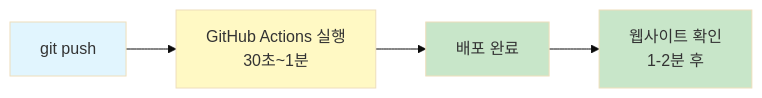
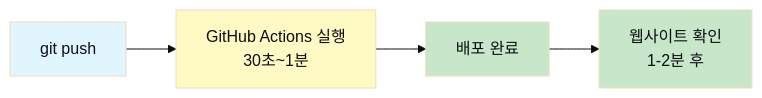
Before and after one commit to Romantic-Coders/romantic-coders.github.io: the seventh of 7 diagrams in _posts/2025-01-05-building-team-blog-with-jekyll-chirpy.md, drawn with Mermaid (base theme). The commit also changed other lines of this file and 1 other file, not shown here.

````diff
--- a/_posts/2025-01-05-building-team-blog-with-jekyll-chirpy.md
+++ b/_posts/2025-01-05-building-team-blog-with-jekyll-chirpy.md
@@ -806,11 +1289,11 @@
 ```mermaid
 graph LR
     A[git push] --> B[GitHub Actions 실행<br/>30초~1분]
     B --> C[배포 완료]
     C --> D[웹사이트 확인<br/>1-2분 후]
 
-    style A fill:#e1f5fe
-    style B fill:#fff9c4
-    style C fill:#c8e6c9
-    style D fill:#c8e6c9
+    style A fill:#e1f5fe,color:#0b0f14
+    style B fill:#fff9c4,color:#0b0f14
+    style C fill:#c8e6c9,color:#0b0f14
+    style D fill:#c8e6c9,color:#0b0f14
 ```
````
